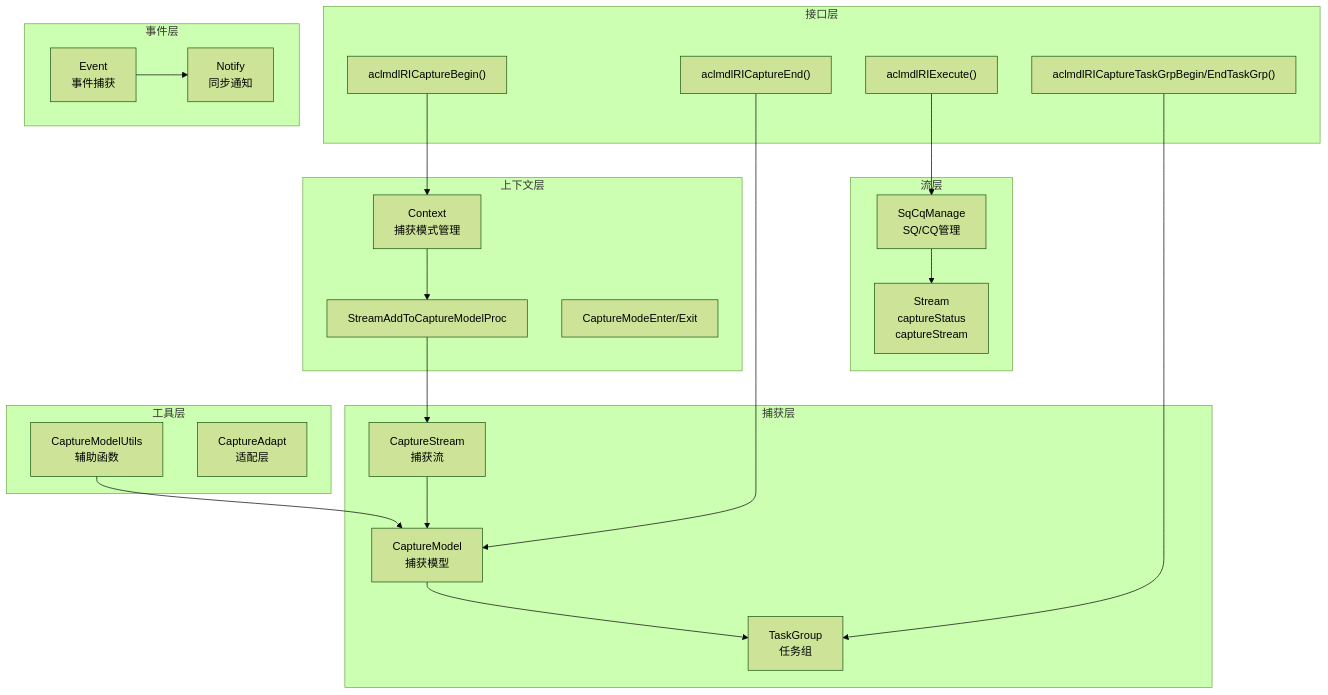
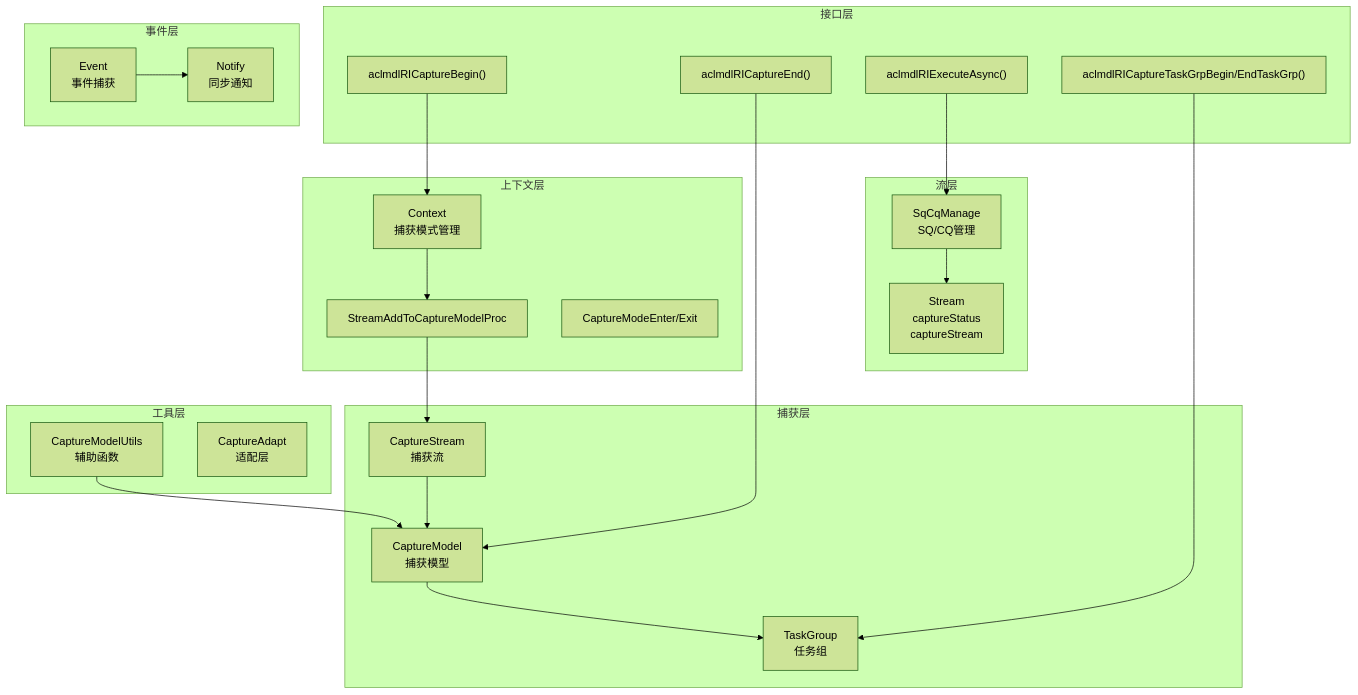
The first of 15 diagrams in docs/design/features/aclgraph.md (18liumin/runtime), drawn with Mermaid (forest theme) before and after one commit. The commit also changed other lines of this file and 1 other file, not shown here.

First line of the commit message:
【PR】: aclmdlRIExecute接口资料修改

````diff
--- a/docs/design/features/aclgraph.md
+++ b/docs/design/features/aclgraph.md
@@ -208,51 +207,51 @@
 ```mermaid
 graph TB
     subgraph API["接口层"]
         BeginCapture["aclmdlRICaptureBegin()"]
         EndCapture["aclmdlRICaptureEnd()"]
-        ModelExecute["aclmdlRIExecute()"]
+        ModelExecute["aclmdlRIExecuteAsync()"]
         TaskGrp["aclmdlRICaptureTaskGrpBegin/EndTaskGrp()"]
     end
 
     subgraph Context["上下文层"]
         ContextCapture["Context<br/>捕获模式管理"]
         StreamAdd["StreamAddToCaptureModelProc"]
         CaptureMode["CaptureModeEnter/Exit"]
     end
 
     subgraph Capture["捕获层"]
         CaptureModel["CaptureModel<br/>捕获模型"]
         CaptureStream["CaptureStream<br/>捕获流"]
         TaskGroup["TaskGroup<br/>任务组"]
     end
 
     subgraph StreamLayer["流层"]
         StreamNode["Stream<br/>captureStatus<br/>captureStream"]
         SqCqManage["SqCqManage<br/>SQ/CQ管理"]
     end
 
     subgraph EventLayer["事件层"]
         EventCapture["Event<br/>事件捕获"]
         Notify["Notify<br/>同步通知"]
     end
 
     subgraph Utils["工具层"]
         CaptureUtils["CaptureModelUtils<br/>辅助函数"]
         CaptureAdapt["CaptureAdapt<br/>适配层"]
     end
 
     BeginCapture --> ContextCapture
     ContextCapture --> StreamAdd
     StreamAdd --> CaptureStream
     CaptureStream --> CaptureModel
     
     EndCapture --> CaptureModel
     CaptureModel --> TaskGroup
     
     ModelExecute --> SqCqManage
     SqCqManage --> StreamNode
     
     TaskGrp --> TaskGroup
     EventCapture --> Notify
     CaptureUtils --> CaptureModel
 ```
````
